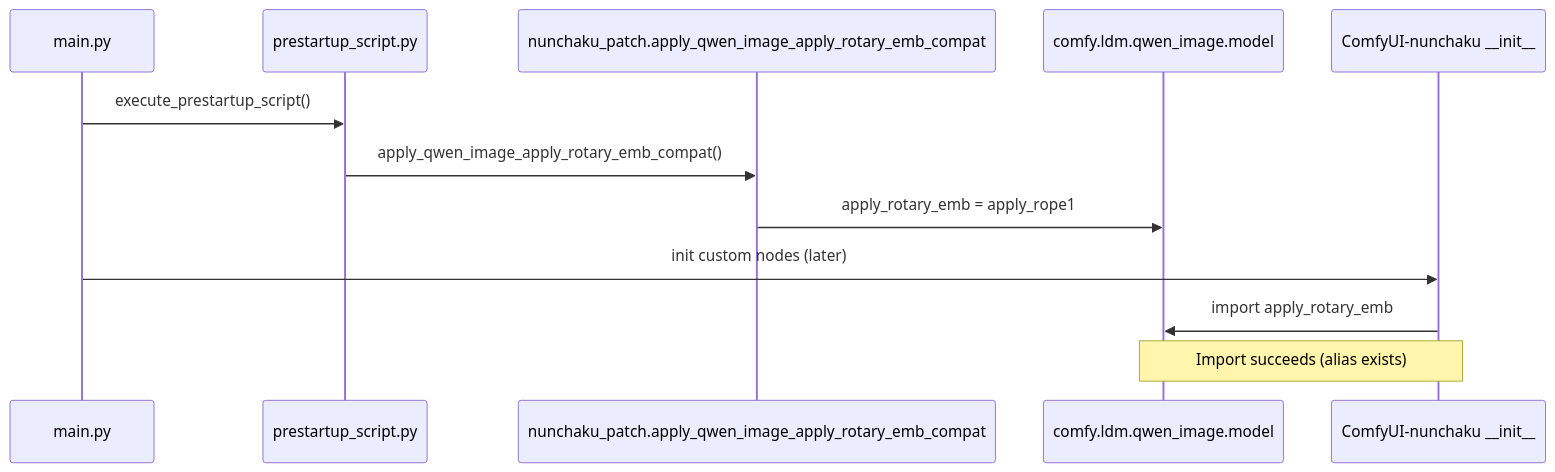
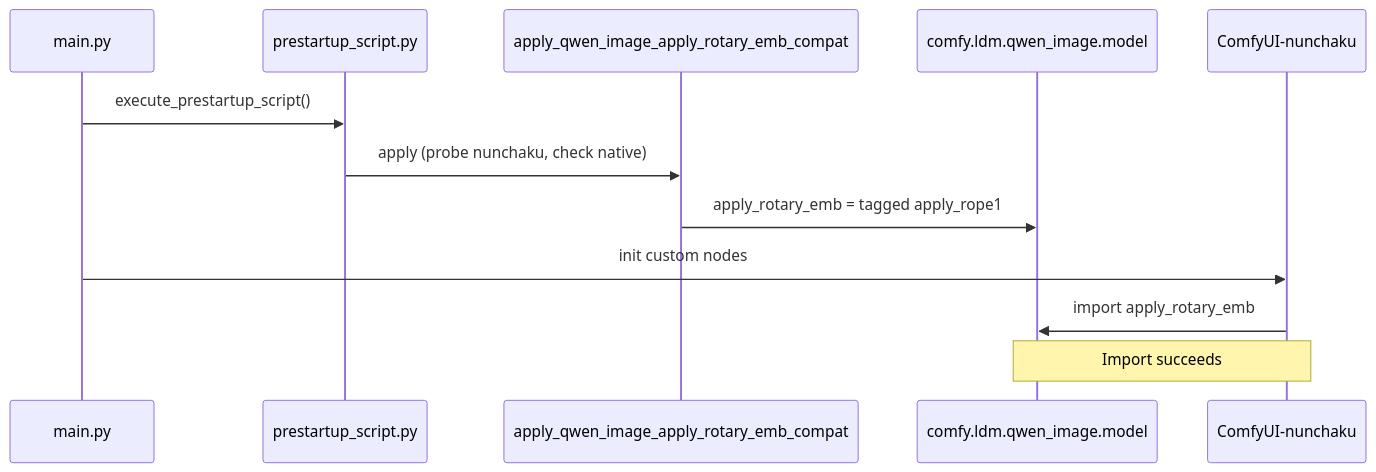
The second of 3 diagrams in md/QWEN_IMAGE_APPLY_ROTARY_EMB_COMPAT_FIX.md (ussoewwin/ComfyUI-QwenImageLoraLoader), drawn with Mermaid before and after one commit. The commit also changed other lines of this file, not shown here.

Commit message:
docs: rewrite apply_rotary_emb compat fix guide for v2.4.6

````diff
--- a/md/QWEN_IMAGE_APPLY_ROTARY_EMB_COMPAT_FIX.md
+++ b/md/QWEN_IMAGE_APPLY_ROTARY_EMB_COMPAT_FIX.md
@@ -281,15 +406,15 @@
 ```mermaid
 sequenceDiagram
     participant Main as main.py
     participant Pre as prestartup_script.py
-    participant Patch as nunchaku_patch.apply_qwen_image_apply_rotary_emb_compat
+    participant Patch as apply_qwen_image_apply_rotary_emb_compat
     participant QIM as comfy.ldm.qwen_image.model
-    participant Nun as ComfyUI-nunchaku __init__
+    participant Nun as ComfyUI-nunchaku
 
     Main->>Pre: execute_prestartup_script()
-    Pre->>Patch: apply_qwen_image_apply_rotary_emb_compat()
-    Patch->>QIM: apply_rotary_emb = apply_rope1
-    Main->>Nun: init custom nodes (later)
+    Pre->>Patch: apply (probe nunchaku, check native)
+    Patch->>QIM: apply_rotary_emb = tagged apply_rope1
+    Main->>Nun: init custom nodes
     Nun->>QIM: import apply_rotary_emb
-    Note over QIM,Nun: Import succeeds (alias exists)
+    Note over QIM,Nun: Import succeeds
 ```
````
